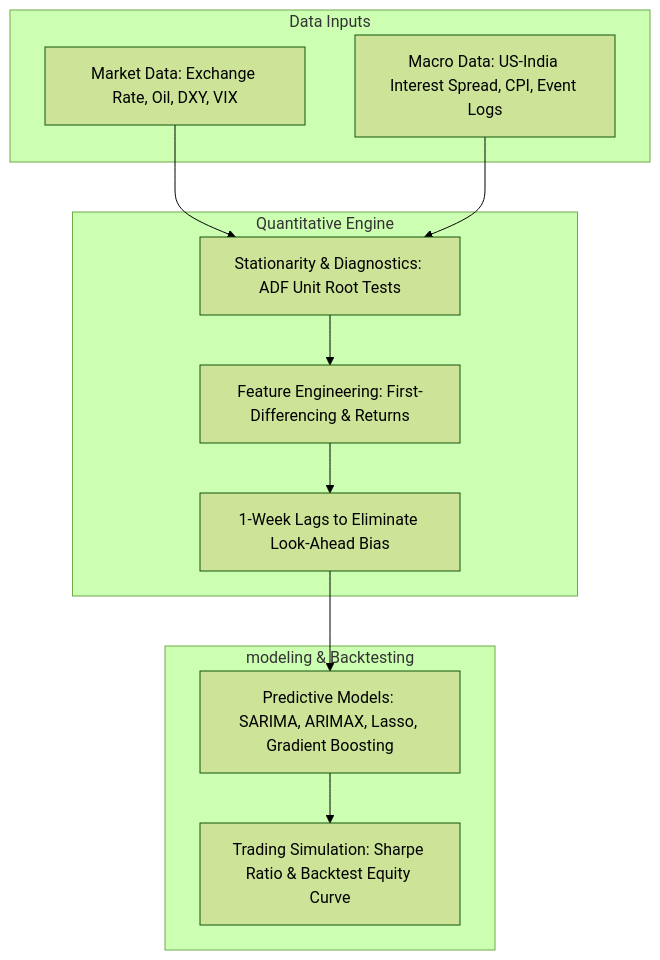
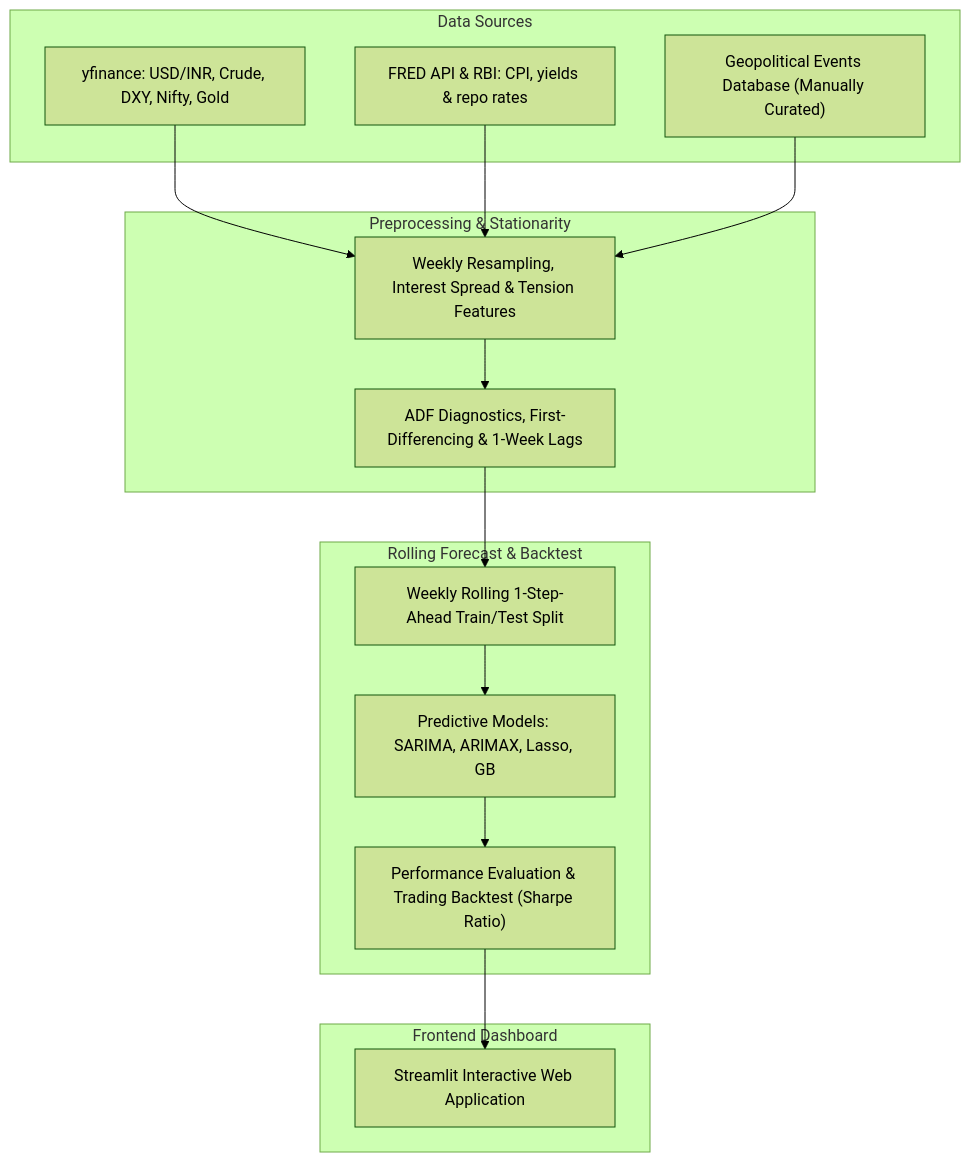
The diagram in README.md (srishti7103/RupeeRisk), drawn with Mermaid (forest theme) before and after one commit. The commit also changed other lines of this file, not shown here.

````diff
--- a/README.md
+++ b/README.md
@@ -15,28 +15,35 @@
 ```mermaid
 graph TD
-    %% Data Inputs
-    subgraph Data Inputs
-        A["Market Data: Exchange Rate, Oil, DXY, VIX"]
-        B["Macro Data: US-India Interest Spread, CPI, Event Logs"]
+    %% Data Sources
+    subgraph Data Sources
+        YF["yfinance: USD/INR, Crude, DXY, Nifty, Gold"]
+        FRED["FRED API & RBI: CPI, yields & repo rates"]
+        GEOP["Geopolitical Events Database (Manually Curated)"]
     end
 
-    %% Quantitative Engine
-    subgraph Quantitative Engine
-        C["Stationarity & Diagnostics: ADF Unit Root Tests"]
-        D["Feature Engineering: First-Differencing & Returns"]
-        E["1-Week Lags to Eliminate Look-Ahead Bias"]
+    %% Preprocessing & Engine
+    subgraph Preprocessing & Stationarity
+        PREP["Weekly Resampling, Interest Spread & Tension Features"]
+        ENG["ADF Diagnostics, First-Differencing & 1-Week Lags"]
     end
 
-    %% Modeling & Backtesting
-    subgraph modeling & Backtesting
-        F["Predictive Models: SARIMA, ARIMAX, Lasso, Gradient Boosting"]
-        G["Trading Simulation: Sharpe Ratio & Backtest Equity Curve"]
+    %% Modeling Loop
+    subgraph Rolling Forecast & Backtest
+        LOOP["Weekly Rolling 1-Step-Ahead Train/Test Split"]
+        MODELS["Predictive Models: SARIMA, ARIMAX, Lasso, GB"]
+        EVAL["Performance Evaluation & Trading Backtest (Sharpe Ratio)"]
     end
 
-    %% Flow
-    A & B --> C
-    C --> D
-    D --> E
-    E --> F
-    F --> G
+    %% Serve
+    subgraph Frontend Dashboard
+        APP["Streamlit Interactive Web Application"]
+    end
+
+    %% Flow Connections
+    YF & FRED & GEOP --> PREP
+    PREP --> ENG
+    ENG --> LOOP
+    LOOP --> MODELS
+    MODELS --> EVAL
+    EVAL --> APP
 ```
````
